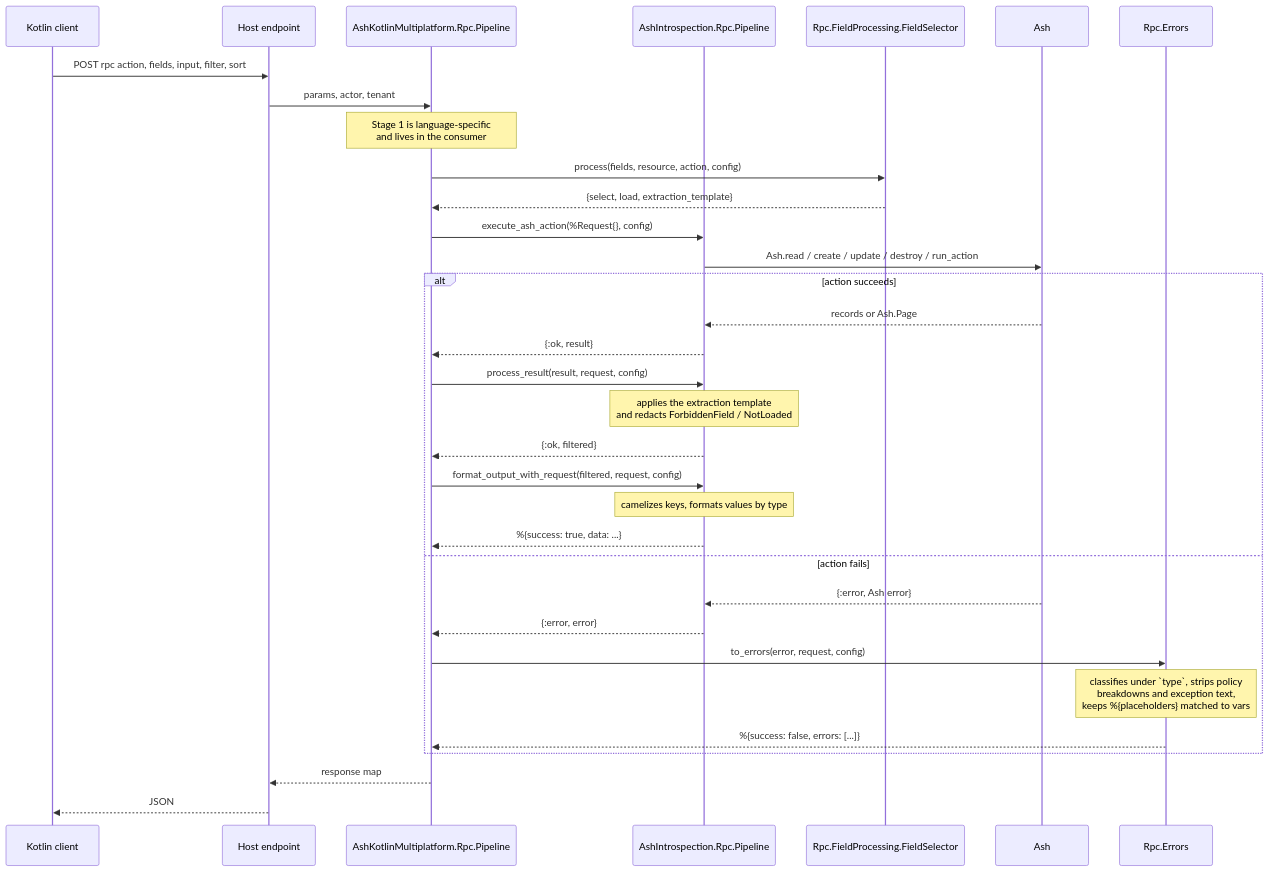
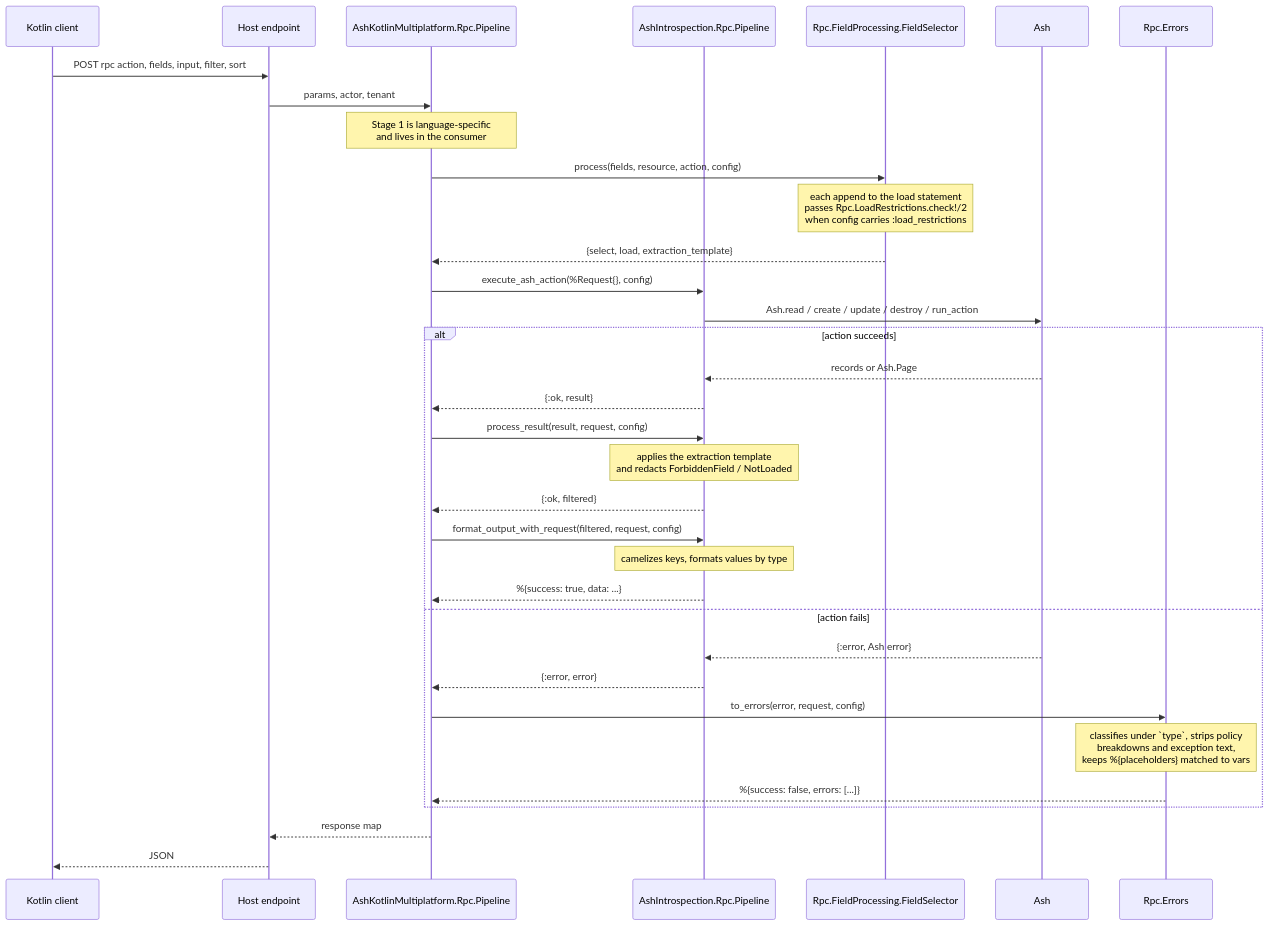
Before and after one commit to udin-io/ash_introspection: the fourth of 4 diagrams in docs/architecture.md, drawn with Mermaid. The commit also changed other lines of this file and 11 other files, not shown here.

````diff
--- a/docs/architecture.md
+++ b/docs/architecture.md
@@ -171,36 +173,37 @@
 ```mermaid
 sequenceDiagram
     participant C as Kotlin client
     participant P as Host endpoint
     participant K as AshKotlinMultiplatform.Rpc.Pipeline
     participant S as AshIntrospection.Rpc.Pipeline
     participant F as Rpc.FieldProcessing.FieldSelector
     participant A as Ash
     participant E as Rpc.Errors
 
     C->>P: POST rpc action, fields, input, filter, sort
     P->>K: params, actor, tenant
     Note over K: Stage 1 is language-specific<br/>and lives in the consumer
     K->>F: process(fields, resource, action, config)
+    Note over F: each append to the load statement<br/>passes Rpc.LoadRestrictions.check!/2<br/>when config carries :load_restrictions
     F-->>K: {select, load, extraction_template}
     K->>S: execute_ash_action(%Request{}, config)
     S->>A: Ash.read / create / update / destroy / run_action
     alt action succeeds
         A-->>S: records or Ash.Page
         S-->>K: {:ok, result}
         K->>S: process_result(result, request, config)
         Note over S: applies the extraction template<br/>and redacts ForbiddenField / NotLoaded
         S-->>K: {:ok, filtered}
         K->>S: format_output_with_request(filtered, request, config)
         Note over S: camelizes keys, formats values by type
         S-->>K: %{success: true, data: ...}
     else action fails
         A-->>S: {:error, Ash error}
         S-->>K: {:error, error}
         K->>E: to_errors(error, request, config)
         Note over E: classifies under `type`, strips policy<br/>breakdowns and exception text,<br/>keeps %{placeholders} matched to vars
         E-->>K: %{success: false, errors: [...]}
     end
     K-->>P: response map
     P-->>C: JSON
 ```
````
